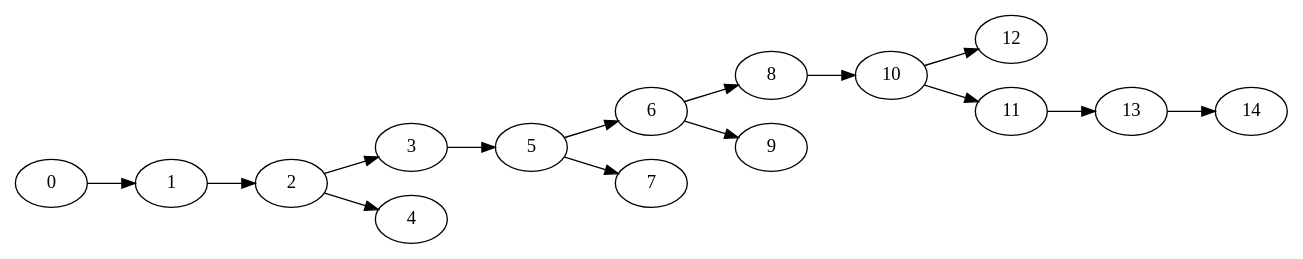
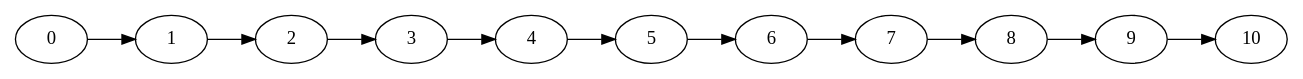
Before and after one commit to Hruday2004/des-p2p-crypto-net: the diagram in output/node_5.dot, drawn with Graphviz. The commit also changed 19 other files, not shown here.

```diff
--- a/output/node_5.dot
+++ b/output/node_5.dot
@@ -1,19 +1,15 @@
 digraph G { 
 rankdir="LR";
 
 	0 -> 1
 	1 -> 2
 	2 -> 3
-	2 -> 4
-	3 -> 5
+	3 -> 4
+	4 -> 5
 	5 -> 6
-	5 -> 7
-	6 -> 8
-	6 -> 9
-	8 -> 10
-	10 -> 12
-	10 -> 11
-	11 -> 13
-	13 -> 14
+	6 -> 7
+	7 -> 8
+	8 -> 9
+	9 -> 10
 
 }
```
